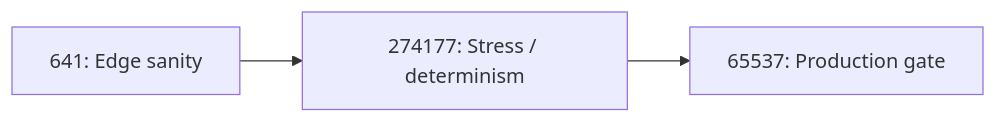
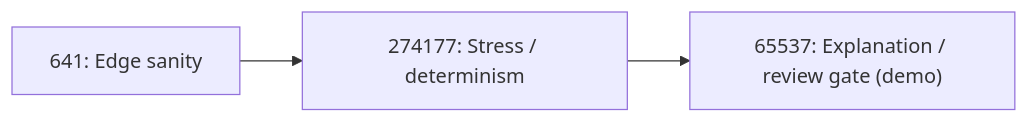
Before and after one commit to phuctruong/stillwater: the third of 4 diagrams in README.md, drawn with Mermaid. The commit also changed 56 other files, not shown here.

````diff
--- a/README.md
+++ b/README.md
@@ -61,5 +61,5 @@
 ```mermaid
 flowchart LR
   R641["641: Edge sanity"] --> R274177["274177: Stress / determinism"]
-  R274177 --> R65537["65537: Production gate"]
+  R274177 --> R65537["65537: Explanation / review gate (demo)"]
 ```
````
